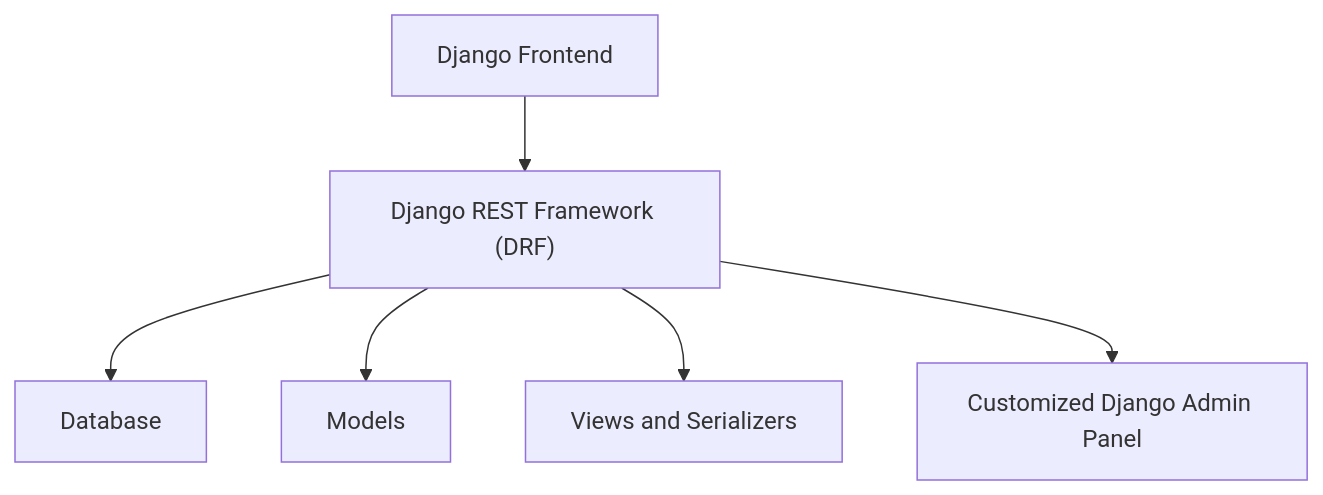
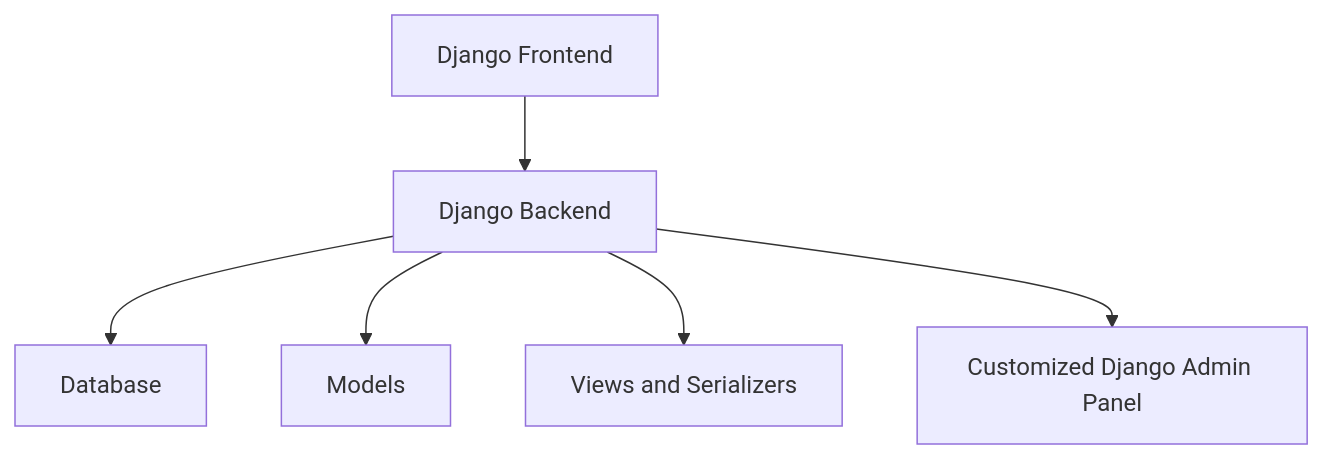
Before and after one commit to binaryloom/TaskManagementSystem: the diagram in docs/project_archetecture.md, drawn with Mermaid.

Commit message:
Mar 3, 2024, 10:14 PM

````diff
--- a/docs/project_archetecture.md
+++ b/docs/project_archetecture.md
@@ -7,8 +7,8 @@
 ```mermaid
 graph TD;
-    A[Django Frontend] --> B["Django REST Framework (DRF)"];
+    A[Django Frontend] --> B["Django Backend"];
     B --> C["Database"];
     B --> D["Models"];
     B --> E["Views and Serializers"];
     B --> F["Customized Django Admin Panel"];
 ```
````
